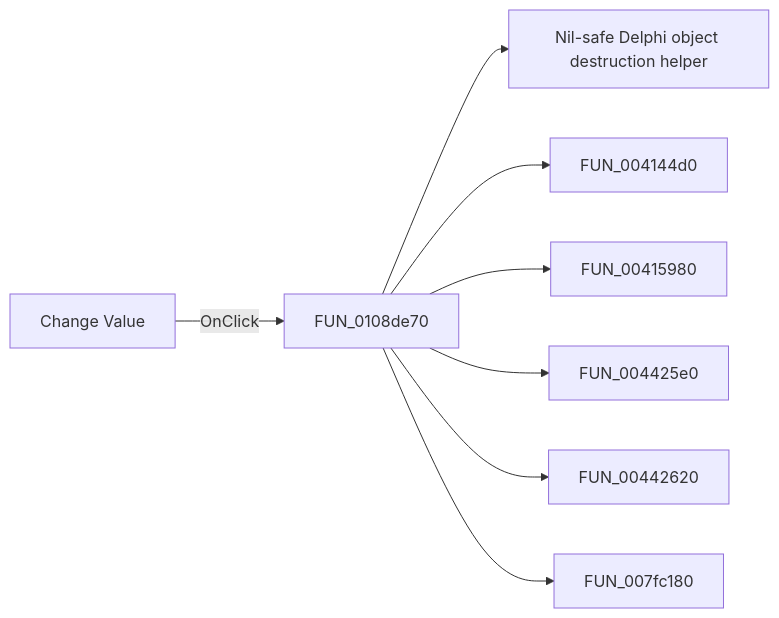
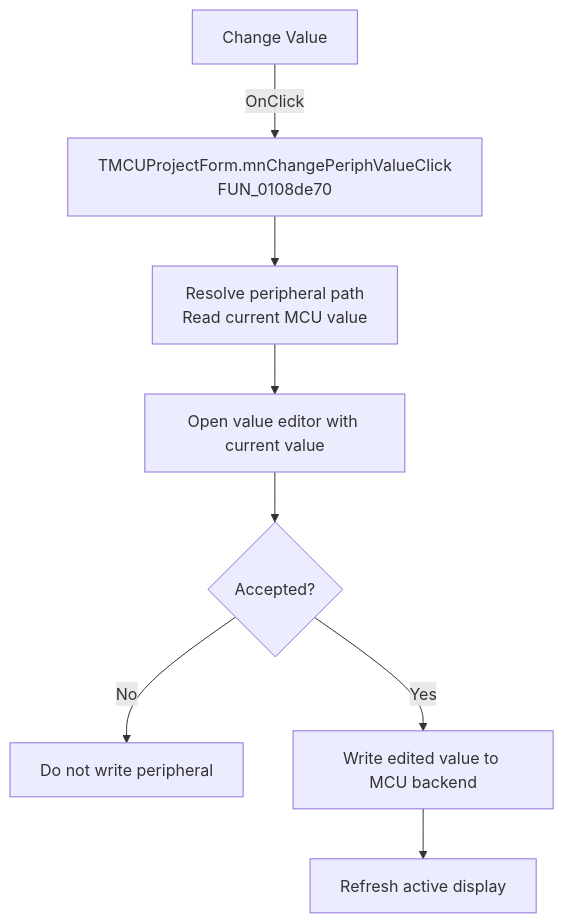
The diagram in docs/ui-controls/mcuprojectform/mnchangeperiphvalue-edd7156d6e.md (MovGP0/TIARA), drawn with Mermaid before and after one commit. The commit also changed other lines of this file and 1062 other files, not shown here.

````diff
--- a/docs/ui-controls/mcuprojectform/mnchangeperiphvalue-edd7156d6e.md
+++ b/docs/ui-controls/mcuprojectform/mnchangeperiphvalue-edd7156d6e.md
@@ -27,10 +27,10 @@
 ```mermaid
-flowchart LR
-    control["Change Value"] -->|OnClick| handler["FUN_0108de70"]
-    handler --> call1["Nil-safe Delphi object destruction helper"]
-    handler --> call2["FUN_004144d0"]
-    handler --> call3["FUN_00415980"]
-    handler --> call4["FUN_004425e0"]
-    handler --> call5["FUN_00442620"]
-    handler --> call6["FUN_007fc180"]
+flowchart TD
+    control["Change Value"] -->|OnClick| handler["TMCUProjectForm.mnChangePeriphValueClick<br/>FUN_0108de70"]
+    handler --> read["Resolve peripheral path<br/>Read current MCU value"]
+    read --> dialog["Open value editor with current value"]
+    dialog --> accepted{"Accepted?"}
+    accepted -->|No| noOp["Do not write peripheral"]
+    accepted -->|Yes| write["Write edited value to MCU backend"]
+    write --> refresh["Refresh active display"]
 ```
````
